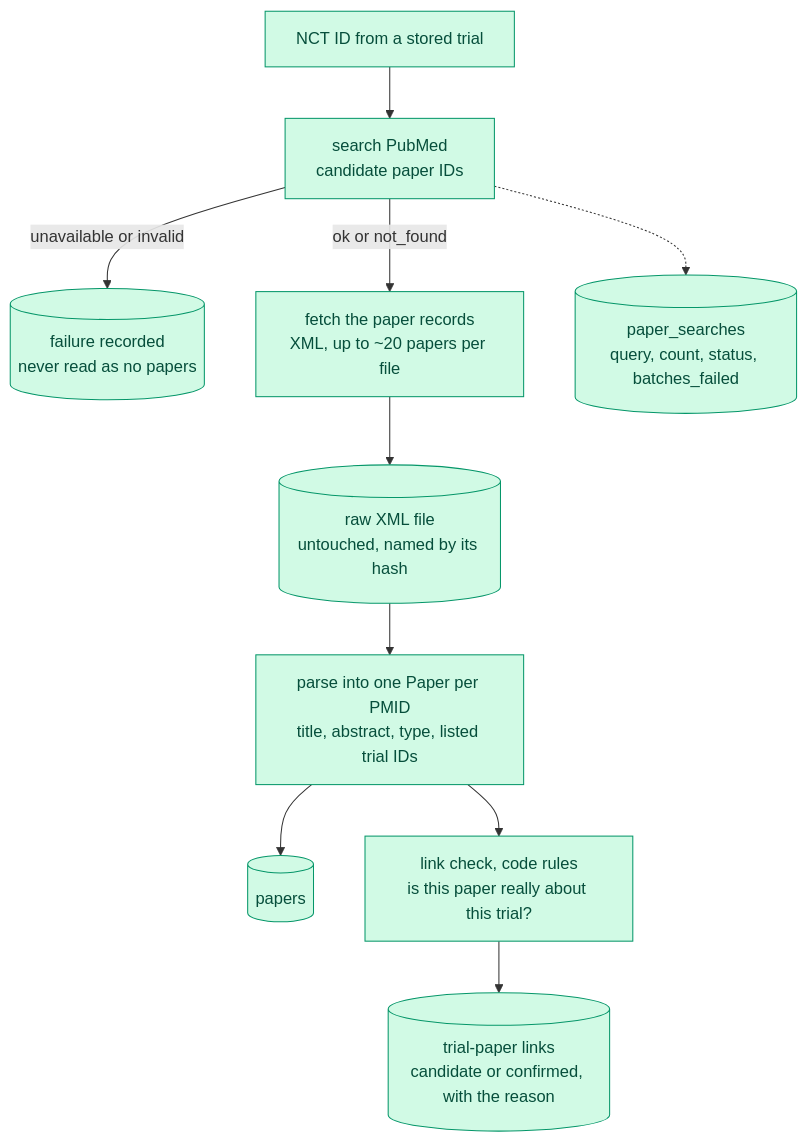
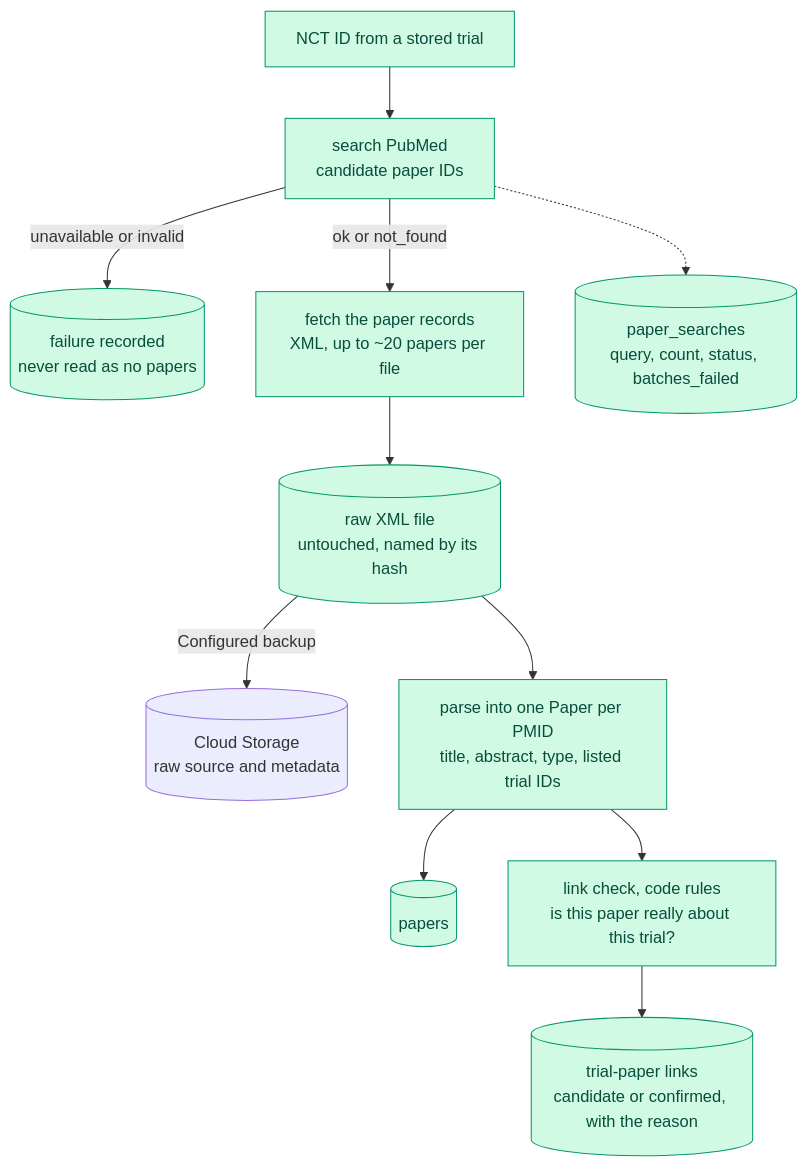
The sixth of 11 diagrams in docs/WORKFLOWS.md (vthottempudi1/TrialTrace), drawn with Mermaid before and after one commit. The commit also changed other lines of this file and 14 other files, not shown here.

Commit message:
Outcome overview, sort by risk, raw backup to Cloud Storage

````diff
--- a/docs/WORKFLOWS.md
+++ b/docs/WORKFLOWS.md
@@ -146,17 +168,18 @@
 ```mermaid
 flowchart TD
   N["NCT ID from a stored trial"] --> S1["search PubMed<br/>candidate paper IDs"]
   S1 -->|"unavailable or invalid"| F[("failure recorded<br/>never read as no papers")]
   S1 -->|"ok or not_found"| S2["fetch the paper records<br/>XML, up to ~20 papers per file"]
   S2 --> RAW[("raw XML file<br/>untouched, named by its hash")]
+  RAW -->|"Configured backup"| GC[("Cloud Storage<br/>raw source and metadata")]
   RAW --> P["parse into one Paper per PMID<br/>title, abstract, type, listed trial IDs"]
   P --> ST[("papers")]
   P --> LK["link check, code rules<br/>is this paper really about this trial?"]
   LK --> LNK[("trial-paper links<br/>candidate or confirmed, with the reason")]
   S1 -.-> SR[("paper_searches<br/>query, count, status, batches_failed")]
 
   classDef built fill:#d1fae5,stroke:#059669,color:#064e3b
   classDef next fill:#fef3c7,stroke:#d97706,color:#78350f
   classDef planned fill:#e5e7eb,stroke:#6b7280,color:#374151
   class N,S1,S2,RAW,P,ST,LK,LNK,F,SR built
 ```
````
